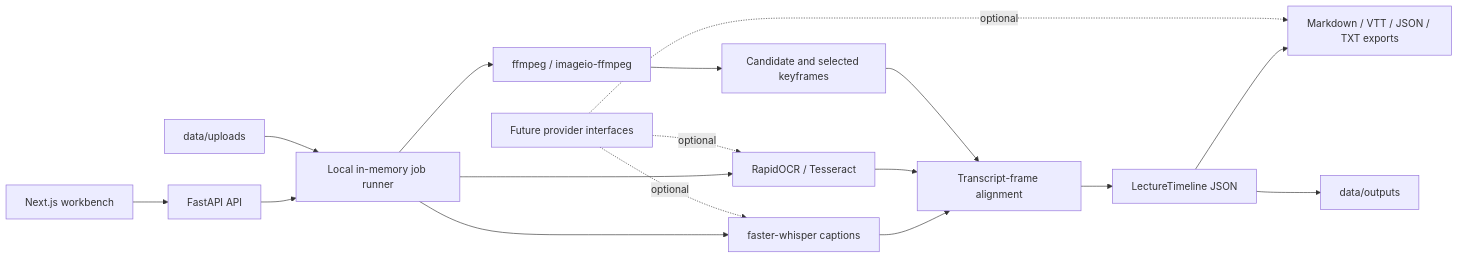
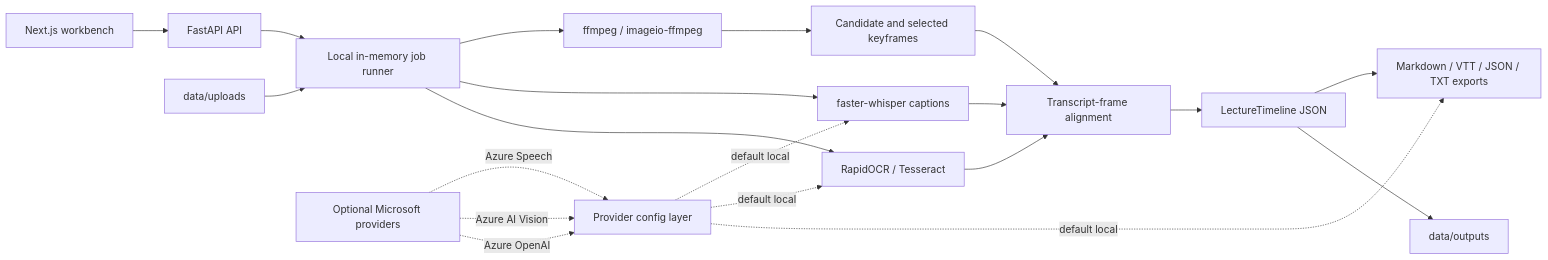
Before and after one commit to V3sr/AccessiNote: the diagram in docs/ARCHITECTURE.md, drawn with Mermaid. The commit also changed other lines of this file and 7 other files, not shown here.

Commit message:
Add optional Microsoft provider configuration

````diff
--- a/docs/ARCHITECTURE.md
+++ b/docs/ARCHITECTURE.md
@@ -44,19 +48,22 @@
 ```mermaid
 flowchart LR
   UI[Next.js workbench] --> API[FastAPI API]
   API --> JOB[Local in-memory job runner]
   JOB --> FFMPEG[ffmpeg / imageio-ffmpeg]
   JOB --> WHISPER[faster-whisper captions]
   JOB --> OCR[RapidOCR / Tesseract]
   FFMPEG --> FRAMES[Candidate and selected keyframes]
   WHISPER --> ALIGN[Transcript-frame alignment]
   OCR --> ALIGN
   FRAMES --> ALIGN
   ALIGN --> TIMELINE[LectureTimeline JSON]
   TIMELINE --> OUTPUTS[Markdown / VTT / JSON / TXT exports]
   TIMELINE --> STORE[data/outputs]
   UPLOADS[data/uploads] --> JOB
-  PROVIDERS[Future provider interfaces] -. optional .-> WHISPER
-  PROVIDERS -. optional .-> OCR
-  PROVIDERS -. optional .-> OUTPUTS
+  PROVIDERS[Provider config layer] -. default local .-> WHISPER
+  PROVIDERS -. default local .-> OCR
+  PROVIDERS -. default local .-> OUTPUTS
+  AZURE[Optional Microsoft providers] -. Azure Speech .-> PROVIDERS
+  AZURE -. Azure AI Vision .-> PROVIDERS
+  AZURE -. Azure OpenAI .-> PROVIDERS
 ```
````
